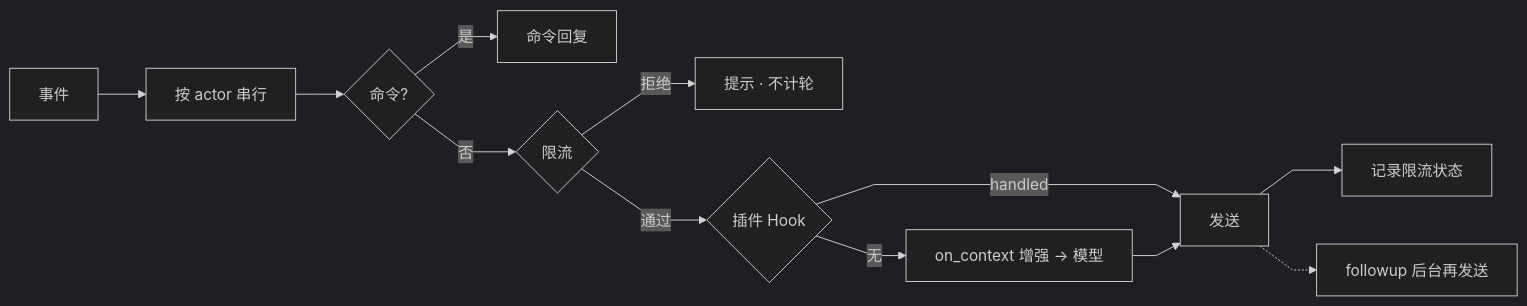
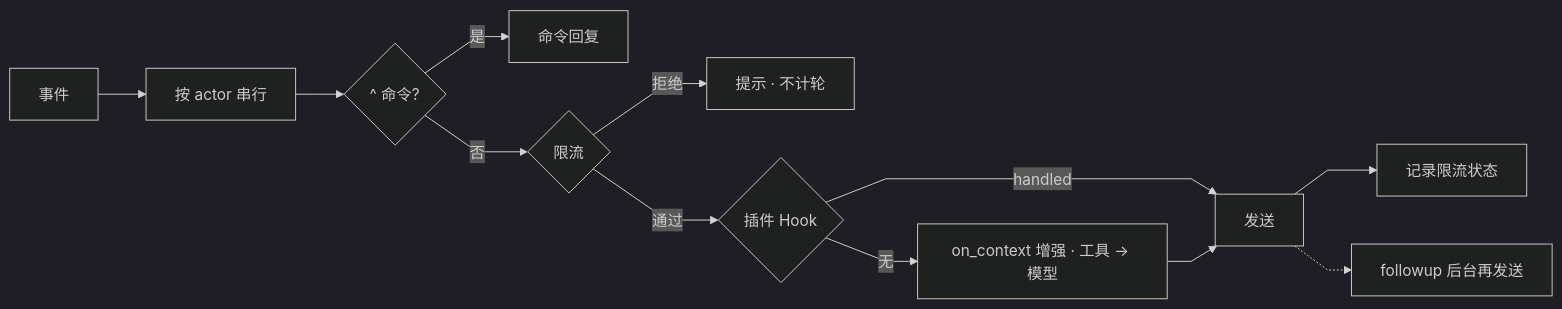
The first of 2 diagrams in docs/dev-guide/flows.md (oreeke/twipsybot), drawn with Mermaid (dark theme) before and after one commit. The commit also changed other lines of this file and 68 other files, not shown here.

````diff
--- a/docs/dev-guide/flows.md
+++ b/docs/dev-guide/flows.md
@@ -14,13 +14,13 @@
 ```mermaid
 %%{init: {"flowchart": {"curve": "linear"}}}%%
 flowchart LR
-	Event[事件] --> Hold[按 actor 串行] --> Cmd{命令?}
+	Event[事件] --> Hold[按 actor 串行] --> Cmd{"^ 命令?"}
 	Cmd -->|是| Done[命令回复]
 	Cmd -->|否| Limit{限流}
 	Limit -->|拒绝| Notice[提示 · 不计轮]
 	Limit -->|通过| Hook{插件 Hook}
 	Hook -->|handled| Send[发送]
-	Hook -->|无| AI[on_context 增强 → 模型] --> Send
+	Hook -->|无| AI[on_context 增强 · 工具 → 模型] --> Send
 	Send --> Record[记录限流状态]
 	Send -.-> Follow[followup 后台再发送]
 ```
````
